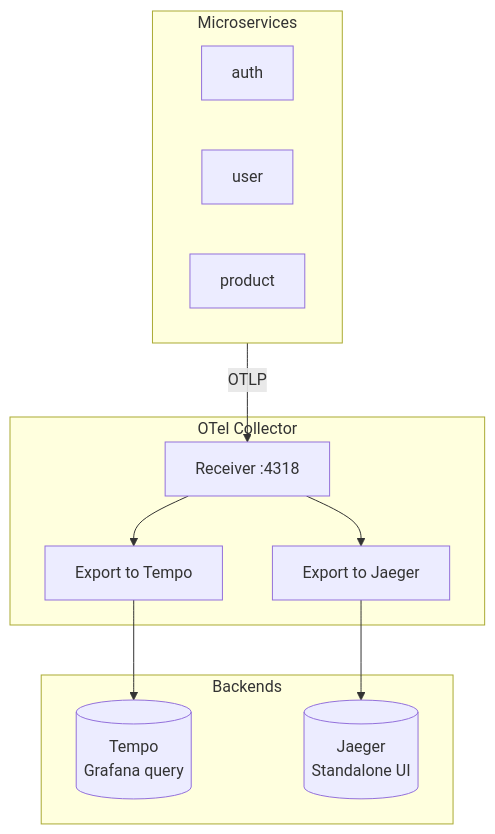
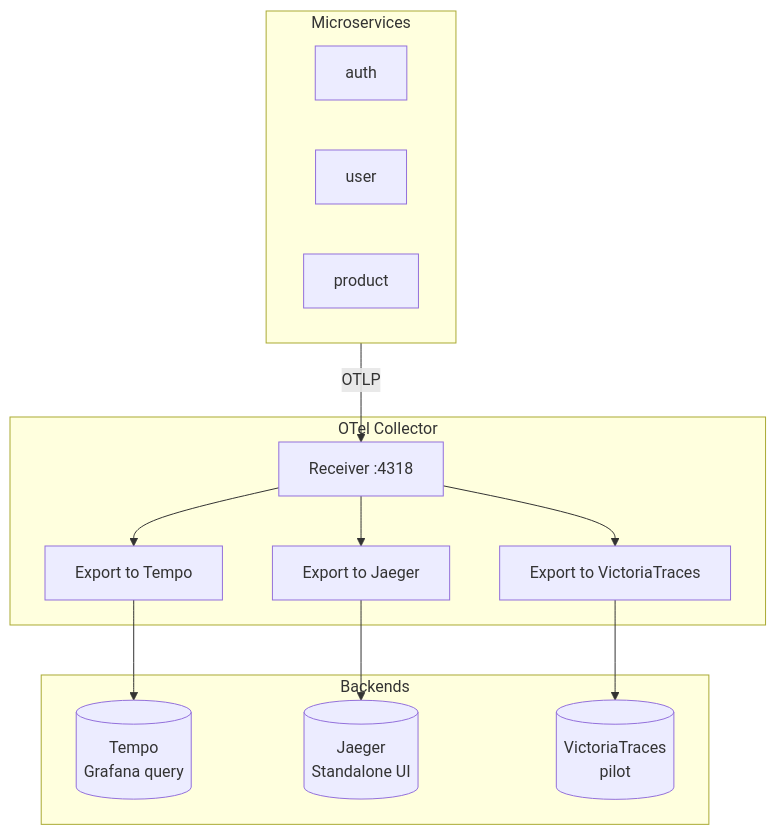
One commit to duynhlab/homelab changed the diagram in docs/observability/tracing/jaeger.md. Above: the diagram before and after it, drawn with Mermaid. The commit also changed other lines of this file and 10 other files, not shown here.

````diff
--- a/docs/observability/tracing/jaeger.md
+++ b/docs/observability/tracing/jaeger.md
@@ -115,23 +115,26 @@
 ```mermaid
 flowchart TB
     subgraph Apps["Microservices"]
         A1[auth]
         A2[user]
         A3[product]
     end
     
     subgraph OTelCollector["OTel Collector"]
         R[Receiver :4318]
         E1[Export to Tempo]
         E2[Export to Jaeger]
+        E3[Export to VictoriaTraces]
     end
     
     subgraph Backends
         Tempo[(Tempo<br/>Grafana query)]
         Jaeger[(Jaeger<br/>Standalone UI)]
+        VT[(VictoriaTraces<br/>pilot)]
     end
     
     Apps -->|OTLP| R
     R --> E1 --> Tempo
     R --> E2 --> Jaeger
+    R --> E3 --> VT
 ```
````
